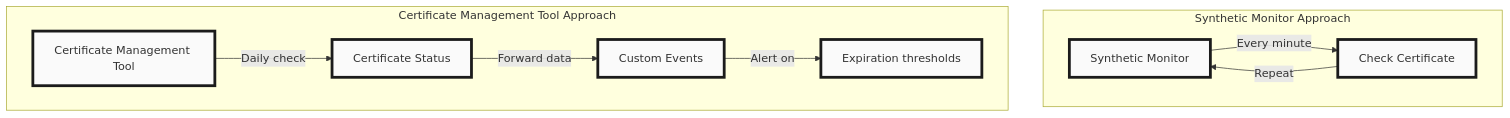
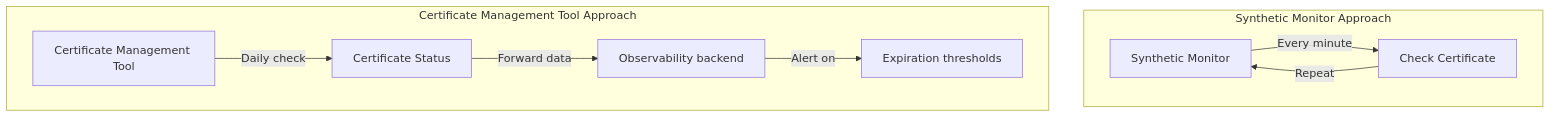
Before and after one commit to radra23/scryops-site: the second of 3 diagrams in content/guides/certificate-monitoring.md, drawn with Mermaid. The commit also changed other lines of this file and 15 other files, not shown here.

```diff
--- a/content/guides/certificate-monitoring.md
+++ b/content/guides/certificate-monitoring.md
@@ -48,15 +32,13 @@
 {{< mermaid >}}
 graph TB
     subgraph "Synthetic Monitor Approach"
     A[Synthetic Monitor] -->|Every minute| B[Check Certificate]
     B -->|Repeat| A
     end
 
     subgraph "Certificate Management Tool Approach"
     C[Certificate Management Tool] -->|Daily check| D[Certificate Status]
-    D -->|Forward data| E[Custom Events]
+    D -->|Forward data| E[Observability backend]
     E -->|Alert on| F[Expiration thresholds]
     end
-    
-    classDef default fill:#FAFAFA,stroke:#1B1B1B,stroke-width:4px;
 {{< /mermaid >}}
```
